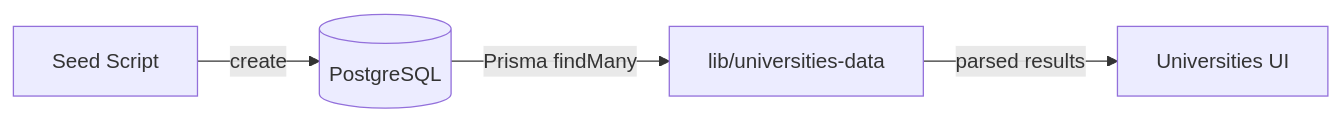
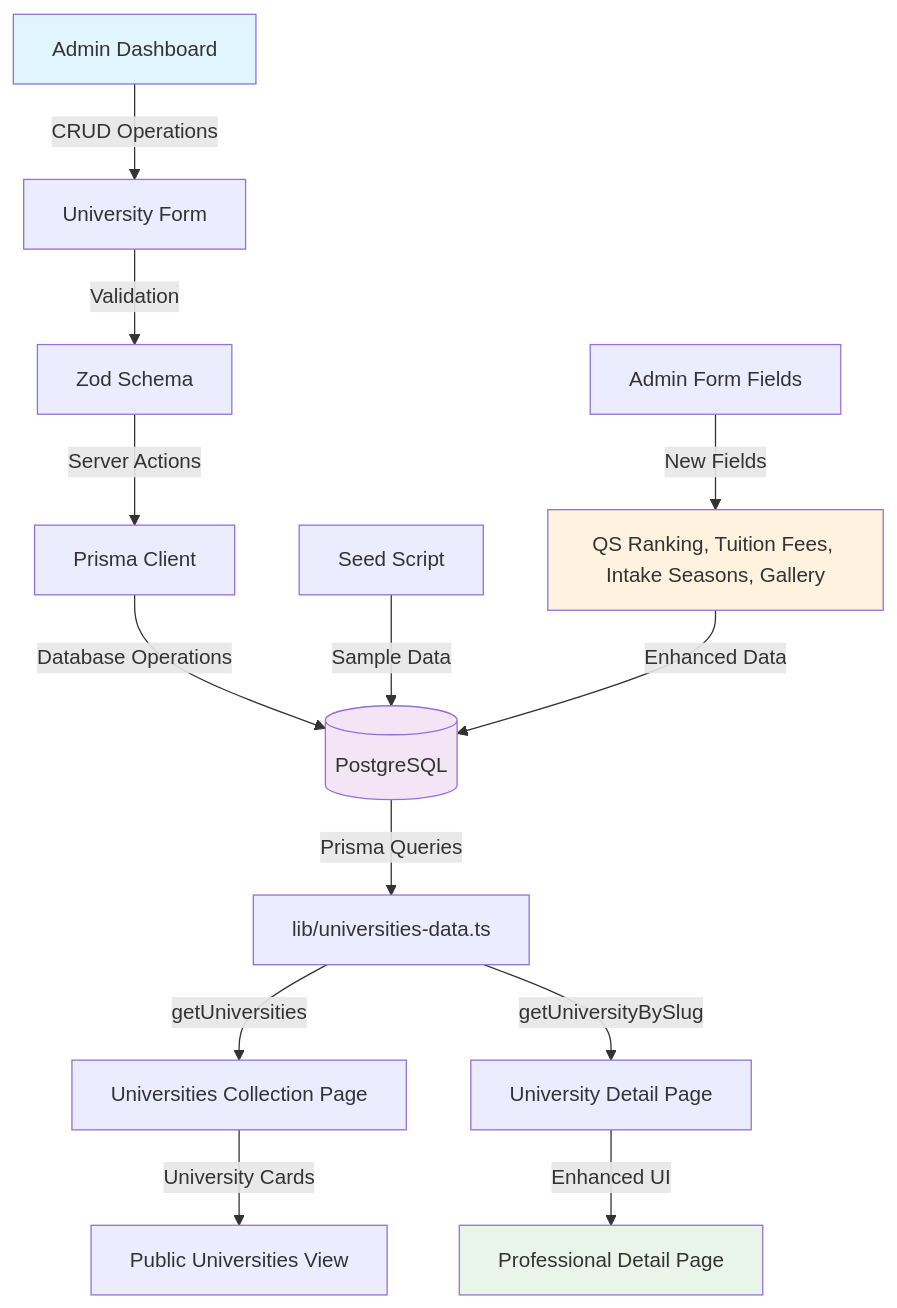
The diagram in docs/UNIVERSITIES_DATA_MODEL.md (AmanVatsSharma/carer-growth-app), drawn with Mermaid before and after one commit. The commit also changed other lines of this file and 6 other files, not shown here.

````diff
--- a/docs/UNIVERSITIES_DATA_MODEL.md
+++ b/docs/UNIVERSITIES_DATA_MODEL.md
@@ -85,6 +96,24 @@
 ```mermaid
-flowchart LR
-  A[Seed Script] -->|create| B[(PostgreSQL)]
-  B -->|Prisma findMany| C[lib/universities-data]
-  C -->|parsed results| D[Universities UI]
+flowchart TD
+  A[Admin Dashboard] -->|CRUD Operations| B[University Form]
+  B -->|Validation| C[Zod Schema]
+  C -->|Server Actions| D[Prisma Client]
+  D -->|Database Operations| E[(PostgreSQL)]
+  
+  F[Seed Script] -->|Sample Data| E
+  
+  E -->|Prisma Queries| G[lib/universities-data.ts]
+  G -->|getUniversities| H[Universities Collection Page]
+  G -->|getUniversityBySlug| I[University Detail Page]
+  
+  H -->|University Cards| J[Public Universities View]
+  I -->|Enhanced UI| K[Professional Detail Page]
+  
+  L[Admin Form Fields] -->|New Fields| M[QS Ranking, Tuition Fees, Intake Seasons, Gallery]
+  M -->|Enhanced Data| E
+  
+  style A fill:#e1f5fe
+  style E fill:#f3e5f5
+  style K fill:#e8f5e8
+  style M fill:#fff3e0
 ```
````
